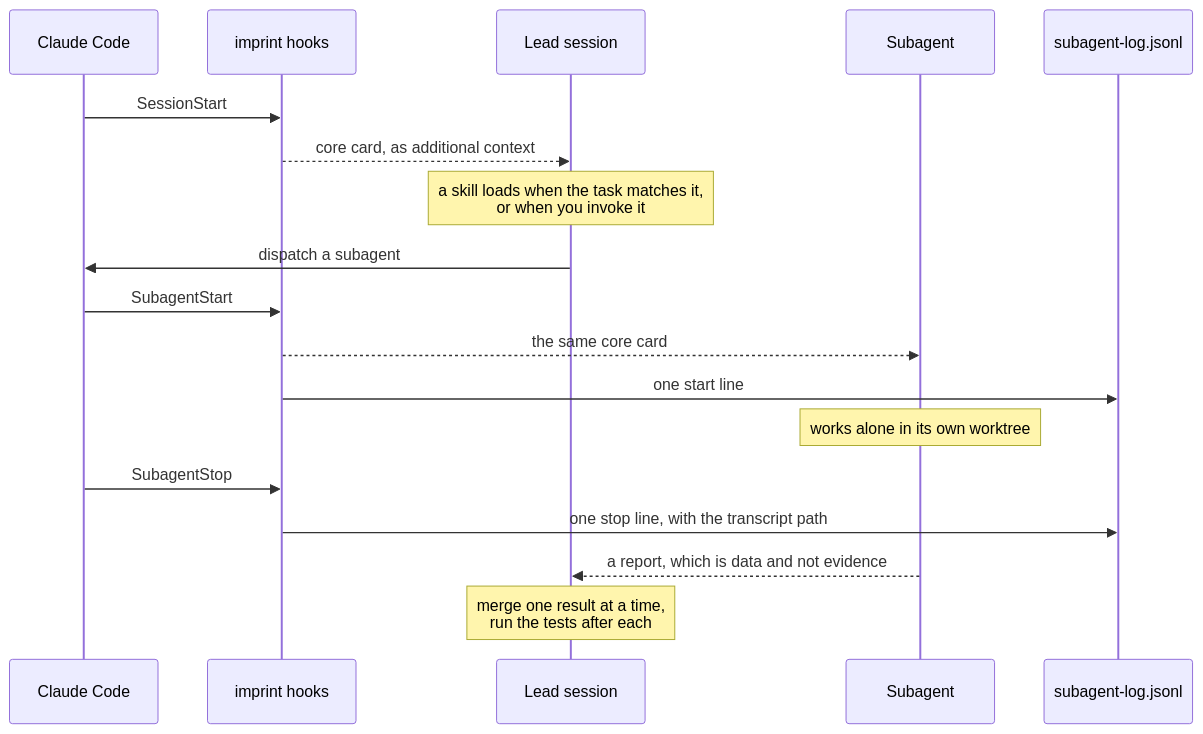
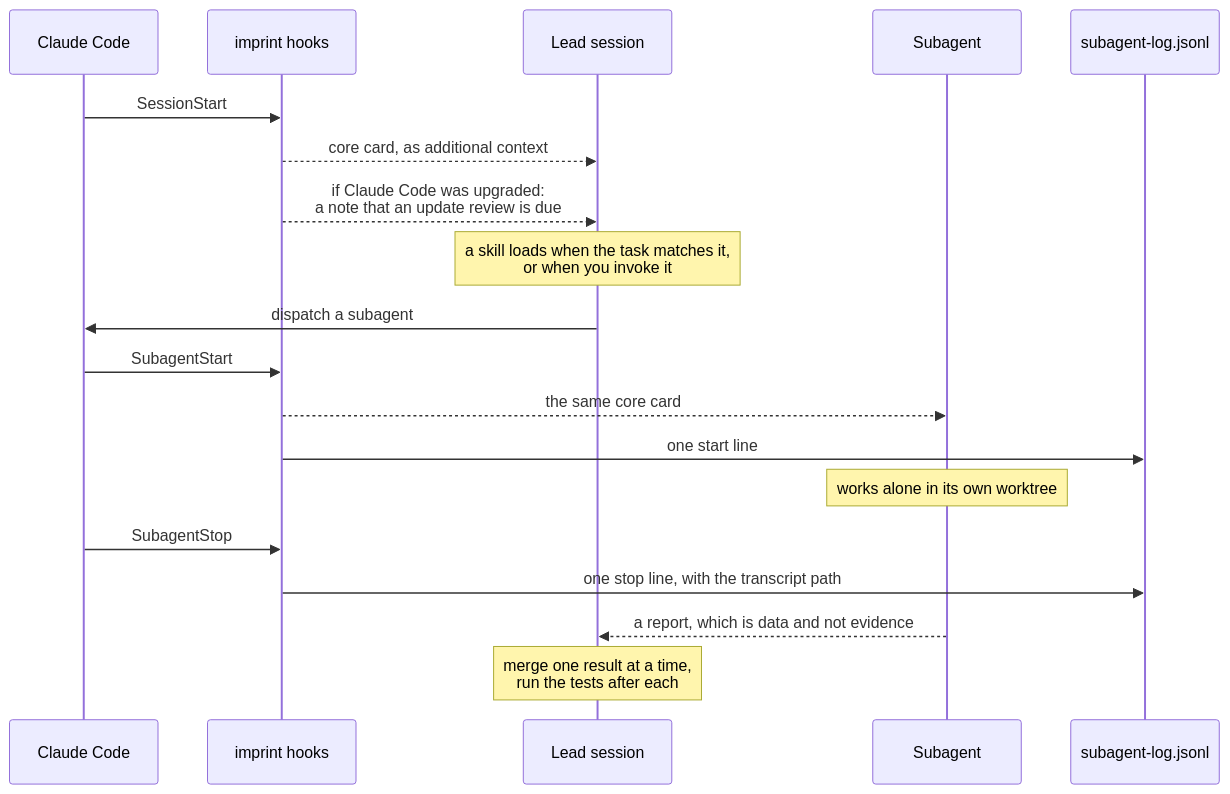
The diagram in README.md (mankind806/imprint-core), drawn with Mermaid before and after one commit. The commit also changed other lines of this file and 9 other files, not shown here.

First line of the commit message:
Watch for Claude Code updates at session start (#12)

````diff
--- a/README.md
+++ b/README.md
@@ -47,20 +47,21 @@
 ```mermaid
 sequenceDiagram
     participant CC as Claude Code
     participant H as imprint hooks
     participant L as Lead session
     participant S as Subagent
     participant Log as subagent-log.jsonl
     CC->>H: SessionStart
     H-->>L: core card, as additional context
+    H-->>L: if Claude Code was upgraded:<br/>a note that an update review is due
     Note over L: a skill loads when the task matches it,<br/>or when you invoke it
     L->>CC: dispatch a subagent
     CC->>H: SubagentStart
     H-->>S: the same core card
     H->>Log: one start line
     Note over S: works alone in its own worktree
     CC->>H: SubagentStop
     H->>Log: one stop line, with the transcript path
     S-->>L: a report, which is data and not evidence
     Note over L: merge one result at a time,<br/>run the tests after each
 ```
````
